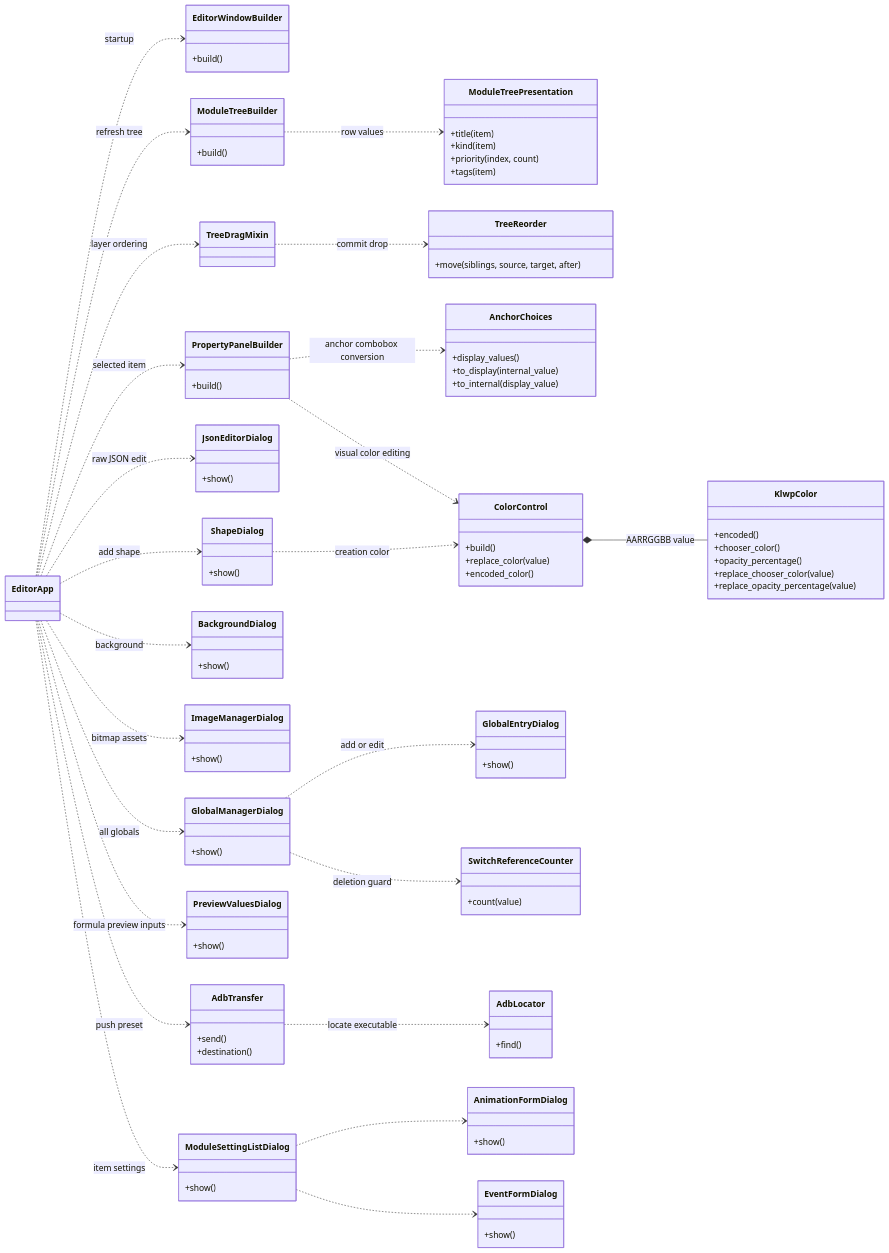
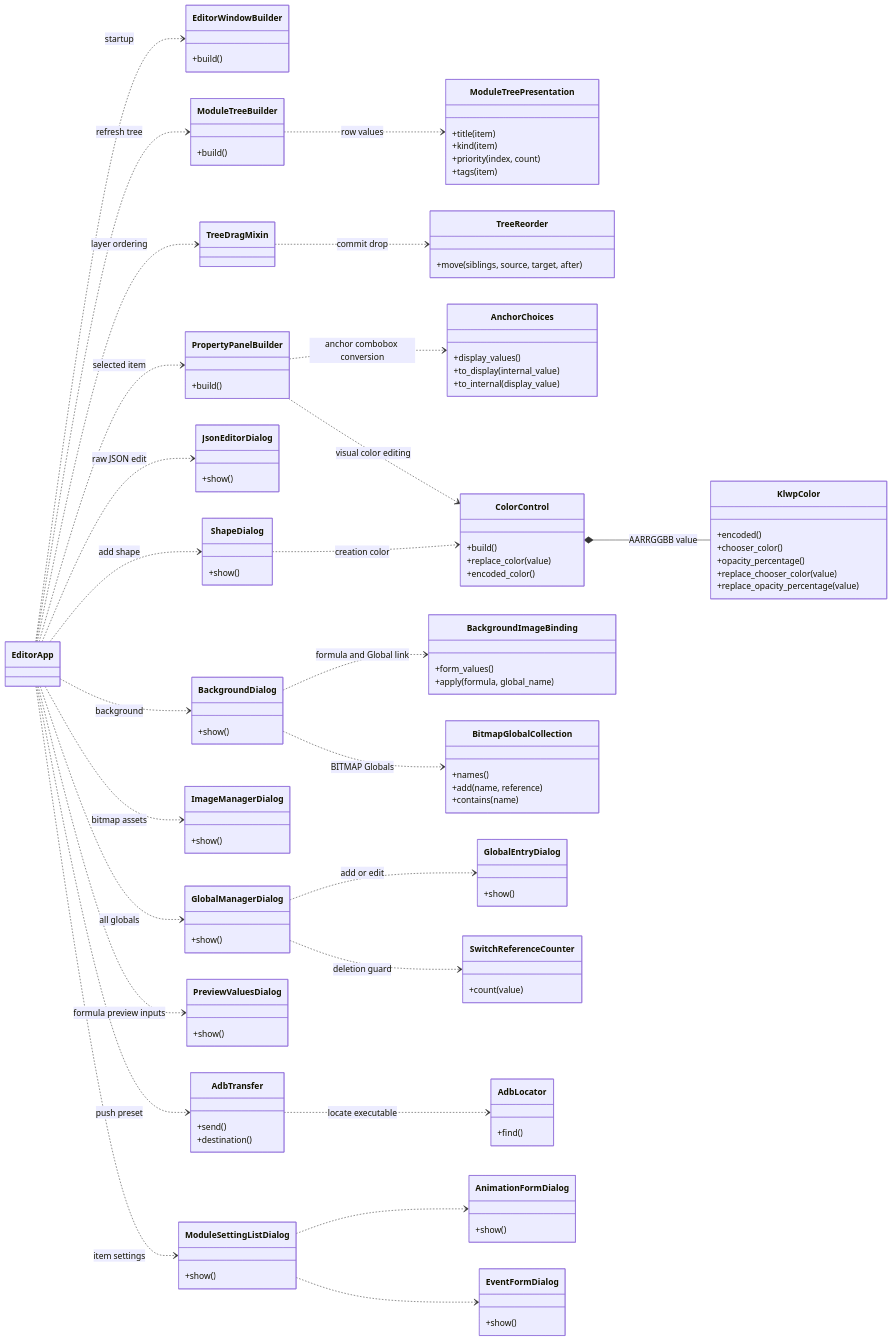
The fifth of 15 diagrams in doc/KLWPエディタ_設計仕様.md (k014c1287/klwp_pc_editor), drawn with Mermaid before and after one commit. The commit also changed other lines of this file and 19 other files, not shown here.

```diff
--- a/doc/KLWPエディタ_設計仕様.md
+++ b/doc/KLWPエディタ_設計仕様.md
@@ -526,6 +533,15 @@
     class BackgroundDialog {
         +show()
     }
+    class BackgroundImageBinding {
+        +form_values()
+        +apply(formula, global_name)
+    }
+    class BitmapGlobalCollection {
+        +names()
+        +add(name, reference)
+        +contains(name)
+    }
     class ImageManagerDialog {
         +show()
     }
@@ -571,6 +587,8 @@
     EditorApp ..> JsonEditorDialog : raw JSON edit
     EditorApp ..> ShapeDialog : add shape
     EditorApp ..> BackgroundDialog : background
+    BackgroundDialog ..> BackgroundImageBinding : formula and Global link
+    BackgroundDialog ..> BitmapGlobalCollection : BITMAP Globals
     EditorApp ..> ImageManagerDialog : bitmap assets
     EditorApp ..> GlobalManagerDialog : all globals
     GlobalManagerDialog ..> GlobalEntryDialog : add or edit
```
